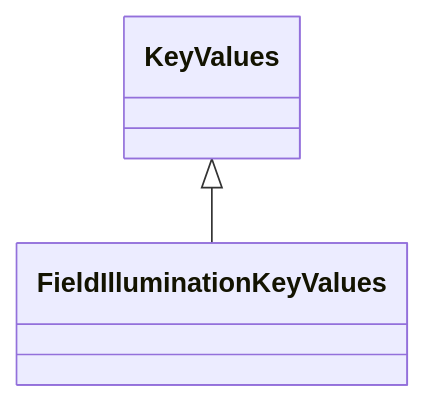
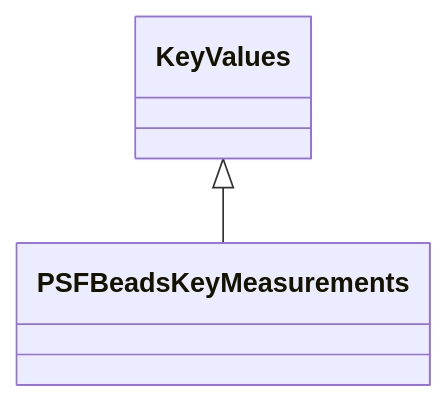
Before and after one commit to juliomateoslangerak/microscope-metrics: the diagram in docs/schema/samples/KeyValues.md, drawn with Mermaid. The commit also changed other lines of this file and 108 other files, not shown here.

Commit message:
First version of the psf_beads_schema.yaml

````diff
--- a/docs/schema/samples/KeyValues.md
+++ b/docs/schema/samples/KeyValues.md
@@ -17,7 +17,7 @@
 ```mermaid
  classDiagram
     class KeyValues
-      KeyValues <|-- FieldIlluminationKeyValues
+      KeyValues <|-- PSFBeadsKeyMeasurements
       
       
 ```
````
